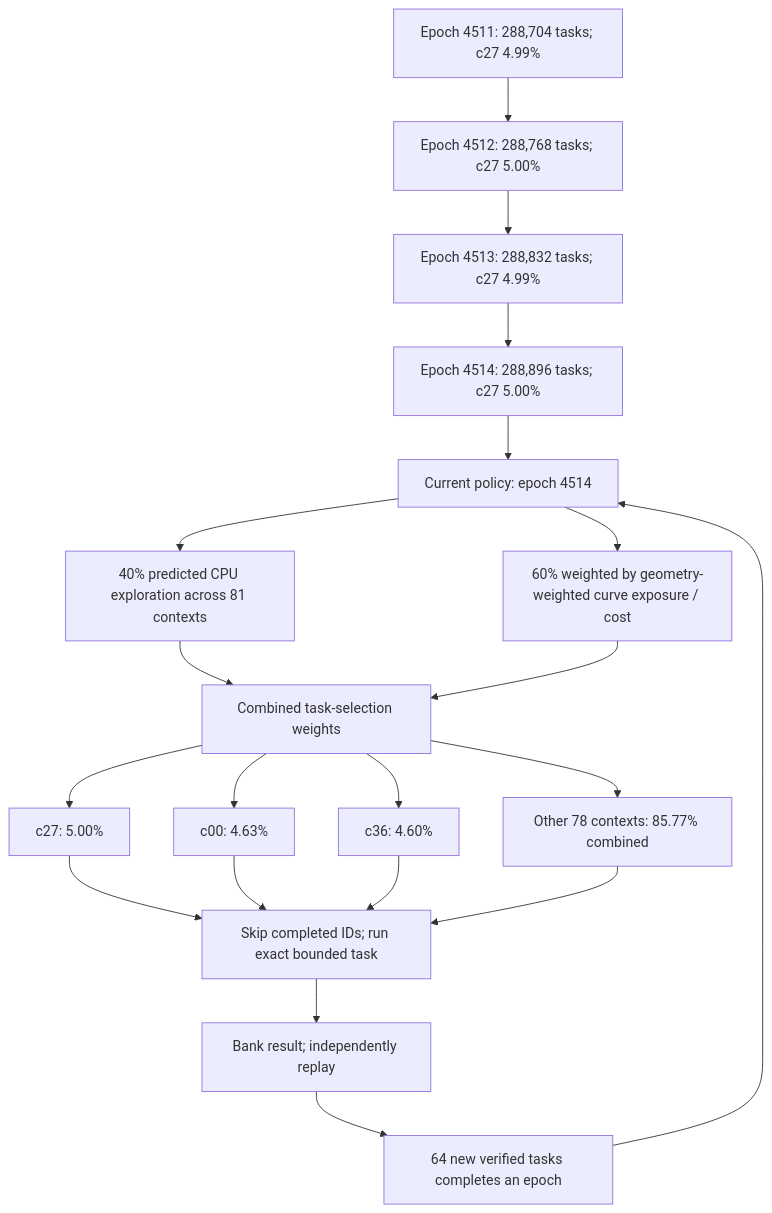
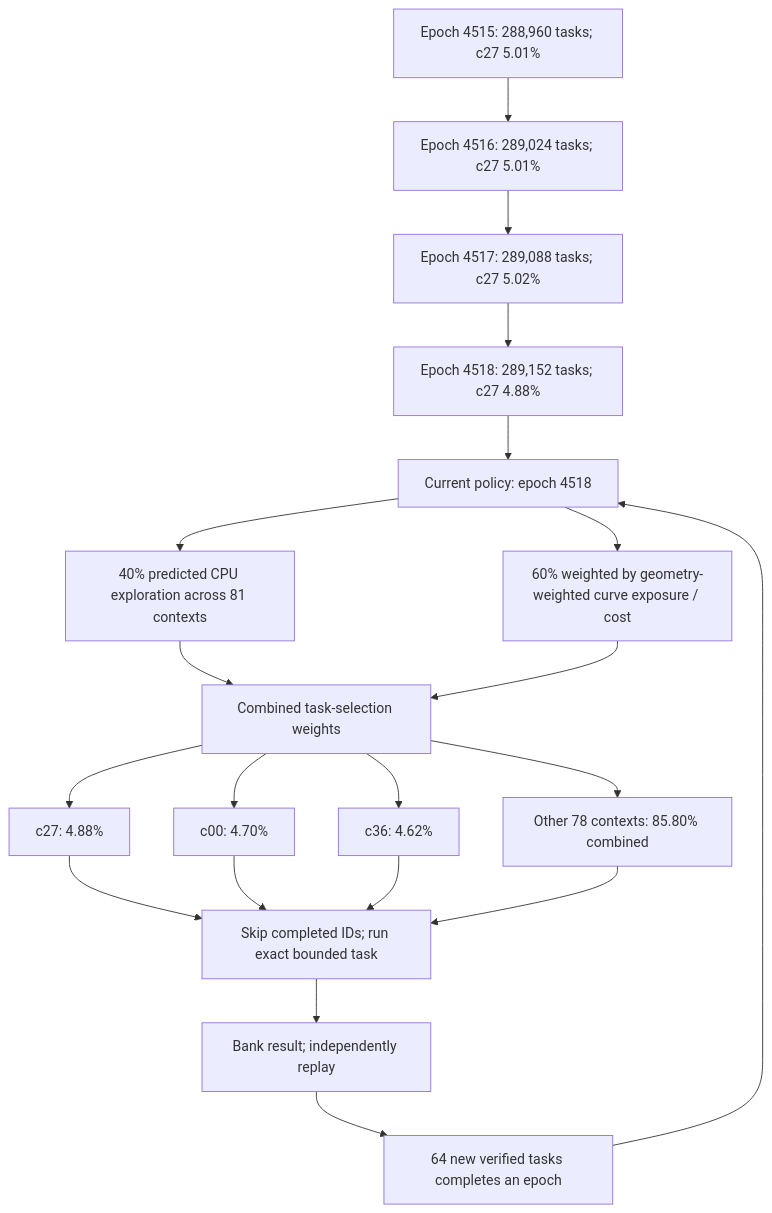
The first of 3 diagrams in README.md (Kuberwastaken/math-gambling), drawn with Mermaid before and after one commit. The commit also changed other lines of this file and 1130 other files, not shown here.

````diff
--- a/README.md
+++ b/README.md
@@ -60,27 +60,27 @@
 ```mermaid
 flowchart TD
-    H0["Epoch 4511: 288,704 tasks; c27 4.99%"]
-    H1["Epoch 4512: 288,768 tasks; c27 5.00%"]
+    H0["Epoch 4515: 288,960 tasks; c27 5.01%"]
+    H1["Epoch 4516: 289,024 tasks; c27 5.01%"]
     H0 --> H1
-    H2["Epoch 4513: 288,832 tasks; c27 4.99%"]
+    H2["Epoch 4517: 289,088 tasks; c27 5.02%"]
     H1 --> H2
-    H3["Epoch 4514: 288,896 tasks; c27 5.00%"]
+    H3["Epoch 4518: 289,152 tasks; c27 4.88%"]
     H2 --> H3
-    Policy["Current policy: epoch 4514"]
+    Policy["Current policy: epoch 4518"]
     H3 --> Policy
     Policy --> Explore["40% predicted CPU exploration across 81 contexts"]
     Policy --> Cost["60% weighted by geometry-weighted curve exposure / cost"]
     Explore --> Mix["Combined task-selection weights"]
     Cost --> Mix
-    Mix --> C0["c27: 5.00%"]
-    Mix --> C1["c00: 4.63%"]
-    Mix --> C2["c36: 4.60%"]
-    Mix --> Rest["Other 78 contexts: 85.77% combined"]
+    Mix --> C0["c27: 4.88%"]
+    Mix --> C1["c00: 4.70%"]
+    Mix --> C2["c36: 4.62%"]
+    Mix --> Rest["Other 78 contexts: 85.80% combined"]
     C0 --> Check["Skip completed IDs; run exact bounded task"]
     C1 --> Check
     C2 --> Check
     Rest --> Check
     Check --> Replay["Bank result; independently replay"]
     Replay --> Gate["64 new verified tasks completes an epoch"]
     Gate --> Policy
 ```
````
